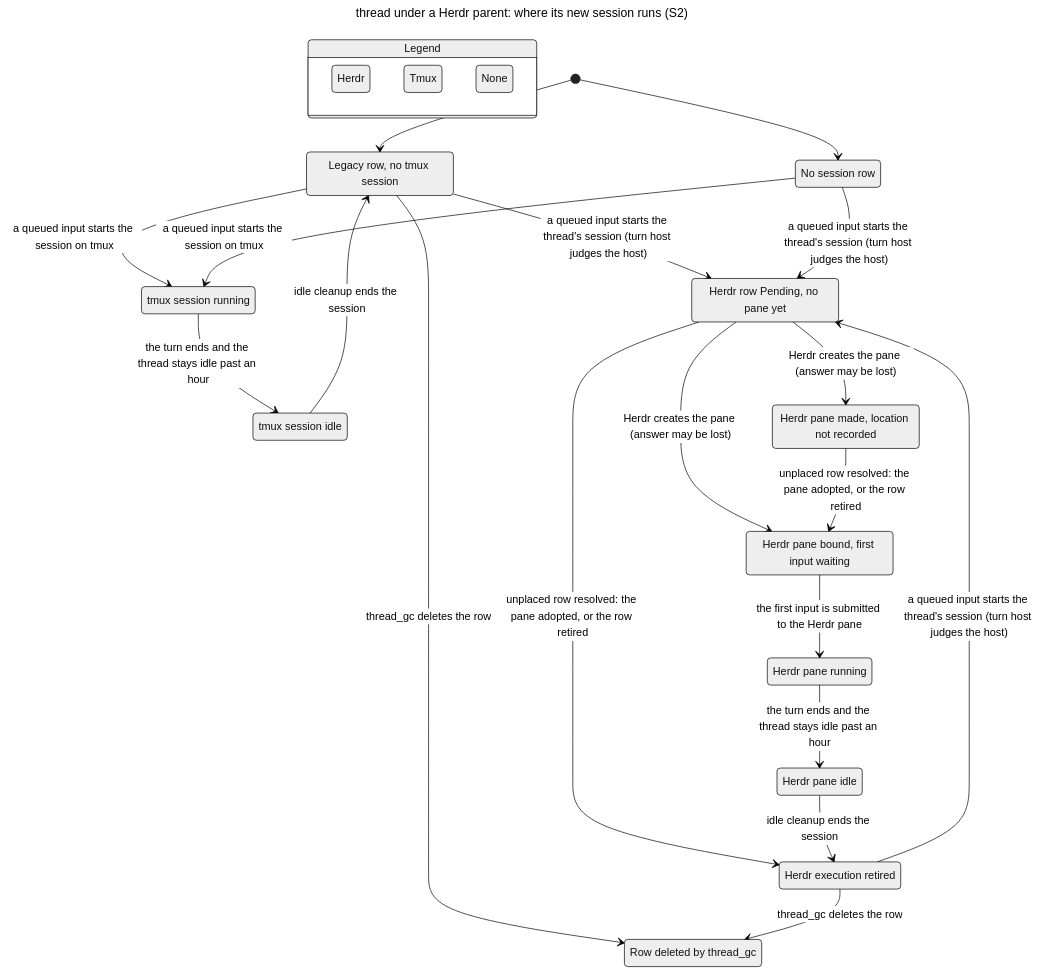
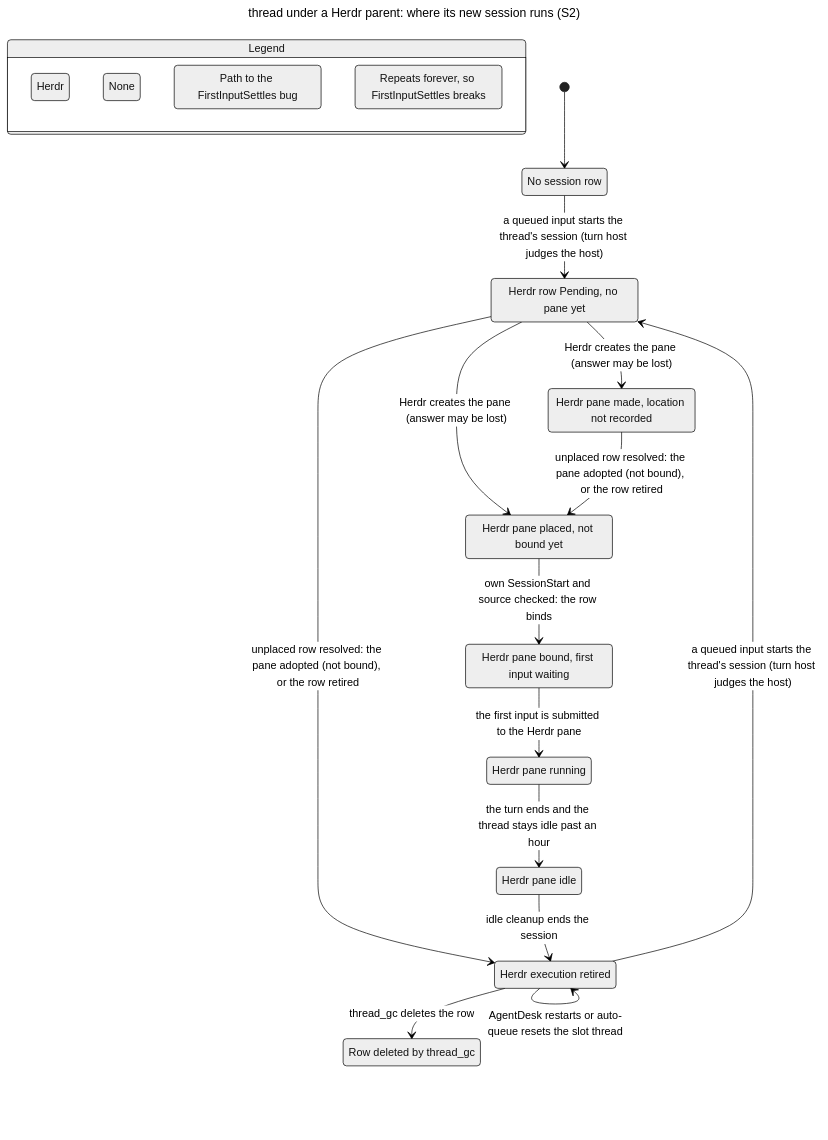
Before and after one commit to itismyfield/AgentDesk: the diagram in docs/statecharts/thread-host/thread-host-s2.chart.mmd, drawn with Mermaid (neutral theme). The commit also changed 15 other files, not shown here.

First line of the commit message:
docs(statecharts): ThreadHostS1b S2 계약 보강 — 실행 사실·허가 구분·미전송 successor·Bind 분리·seed·슬롯·재생 불명

```diff
--- a/docs/statecharts/thread-host/thread-host-s2.chart.mmd
+++ b/docs/statecharts/thread-host/thread-host-s2.chart.mmd
@@ -1,52 +1,53 @@
 ---
 title: "thread under a Herdr parent: where its new session runs (S2)"
 ---
 stateDiagram-v2
   state "Legend" as legend {
     lg0: Herdr
-    lg1: Tmux
-    lg2: None
+    lg1: None
+    lg2: Path to the FirstInputSettles bug
+    lg3: Repeats forever, so FirstInputSettles breaks
   }
   class lg0 teal
-  class lg1 tan
-  class lg2 blue
-  s0: Legacy row, no tmux session
-  s1: No session row
-  s2: Herdr row Pending, no pane yet
-  s3: tmux session running
-  s4: tmux session idle
+  class lg1 blue
+  class lg2 bugPath
+  class lg3 repeats
+  s0: No session row
+  s1: Herdr row Pending, no pane yet
+  s2: Herdr pane made, location not recorded
+  s3: Herdr pane placed, not bound yet
+  s4: Herdr execution retired
   s5: Herdr pane bound, first input waiting
-  s6: Herdr pane made, location not recorded
-  s7: Herdr execution retired
-  s8: Herdr pane running
-  s9: Row deleted by thread_gc
-  s10: Herdr pane idle
+  s6: Herdr pane running
+  s7: Herdr pane idle
+  s8: Row deleted by thread_gc
   [*] --> s0
-  [*] --> s1
-  s0 --> s2: a queued input starts the thread's session (turn host judges the host)
-  s1 --> s2: a queued input starts the thread's session (turn host judges the host)
-  s0 --> s3: a queued input starts the session on tmux
-  s1 --> s3: a queued input starts the session on tmux
-  s2 --> s5: Herdr creates the pane (answer may be lost)
-  s2 --> s6: Herdr creates the pane (answer may be lost)
-  s3 --> s4: the turn ends and the thread stays idle past an hour
-  s2 --> s7: unplaced row resolved: the pane adopted, or the row retired
-  s4 --> s0: idle cleanup ends the session
-  s5 --> s8: the first input is submitted to the Herdr pane
-  s6 --> s5: unplaced row resolved: the pane adopted, or the row retired
-  s7 --> s2: a queued input starts the thread's session (turn host judges the host)
-  s0 --> s9: thread_gc deletes the row
-  s8 --> s10: the turn ends and the thread stays idle past an hour
-  s10 --> s7: idle cleanup ends the session
-  s7 --> s9: thread_gc deletes the row
+  s0 --> s1: a queued input starts the thread's session (turn host judges the host)
+  s1 --> s2: Herdr creates the pane (answer may be lost)
+  s1 --> s3: Herdr creates the pane (answer may be lost)
+  s1 --> s4: unplaced row resolved: the pane adopted (not bound), or the row retired
+  s2 --> s3: unplaced row resolved: the pane adopted (not bound), or the row retired
+  s3 --> s5: own SessionStart and source checked: the row binds
+  s4 --> s1: a queued input starts the thread's session (turn host judges the host)
+  s5 --> s6: the first input is submitted to the Herdr pane
+  s6 --> s7: the turn ends and the thread stays idle past an hour
+  s7 --> s4: idle cleanup ends the session
+  s4 --> s8: thread_gc deletes the row
+  s4 --> s4: AgentDesk restarts or auto-queue resets the slot thread
   class s0 blue
-  class s1 blue
+  class s0 bugPath
+  class s1 teal
+  class s1 bugPath
   class s2 teal
-  class s3 tan
-  class s4 tan
+  class s3 teal
+  class s3 bugPath
+  class s4 teal
+  class s4 bugPath
   class s5 teal
+  class s5 bugPath
   class s6 teal
+  class s6 bugPath
   class s7 teal
-  class s8 teal
-  class s9 blue
-  class s10 teal
+  class s7 bugPath
+  class s8 blue
+  class s8 repeats
```
